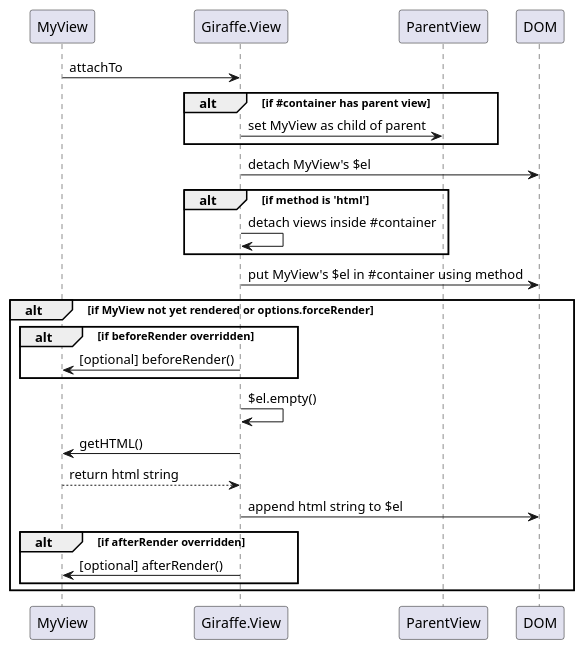
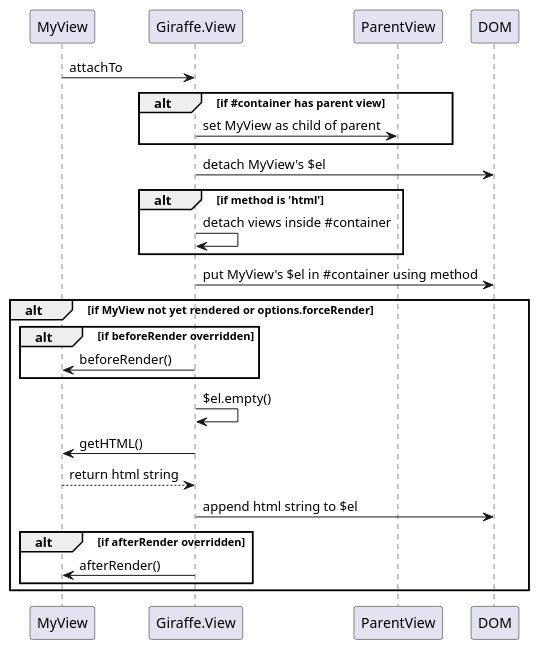
One commit to barc/backbone.giraffe changed the second of 2 diagrams in src/docs/viewBasics.md. Above: the diagram before and after it, drawn with PlantUML. The commit also changed 4 other files, not shown here.

````diff
--- a/src/docs/viewBasics.md
+++ b/src/docs/viewBasics.md
@@ -144,36 +144,36 @@
 ```uml
 participant MyView
 participant GView as "Giraffe.View"
 
 MyView -> GView: attachTo
 
 alt if #container has parent view
     GView -> ParentView: set MyView as child of parent
 end
 
 GView -> DOM: detach MyView's $el
 
 alt if method is 'html'
   GView -> GView: detach views inside #container
 end
 
 GView -> DOM: put MyView's $el in #container using method
 
 alt if MyView not yet rendered or options.forceRender
   alt if beforeRender overridden
-      GView -> MyView: [optional] beforeRender()
+      GView -> MyView: beforeRender()
   end
 
   GView -> GView: $el.empty()
 
   GView -> MyView: getHTML()
 
   MyView --> GView: return html string
 
   GView -> DOM: append html string to $el
 
   alt if afterRender overridden
-      GView -> MyView: [optional] afterRender()
+      GView -> MyView: afterRender()
   end
 end
 ```
````
